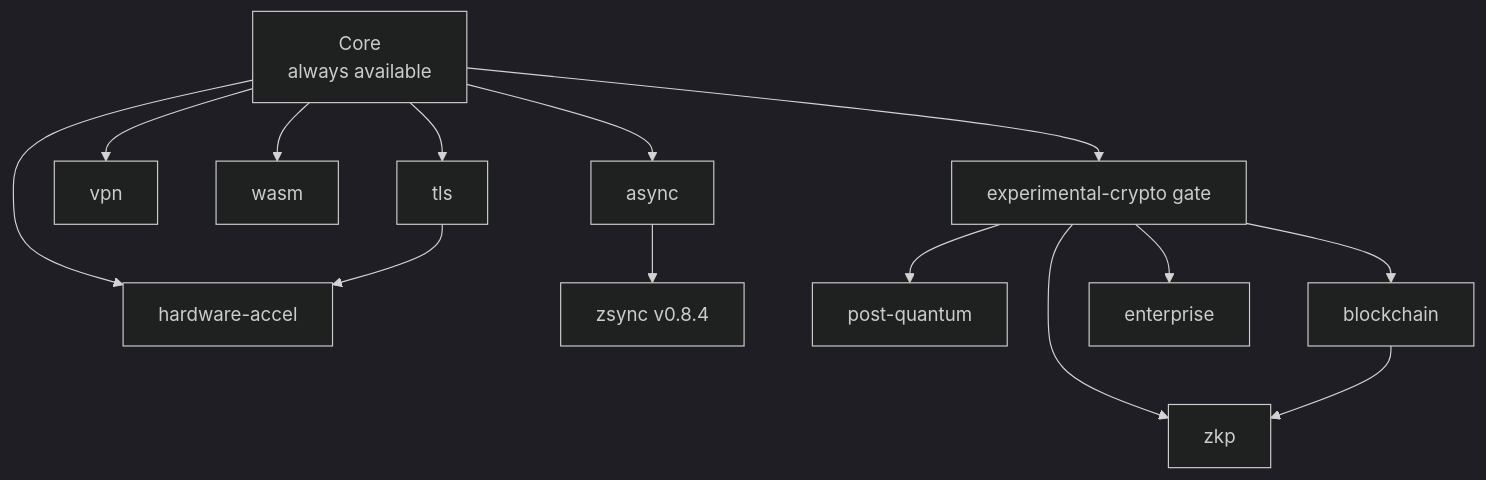
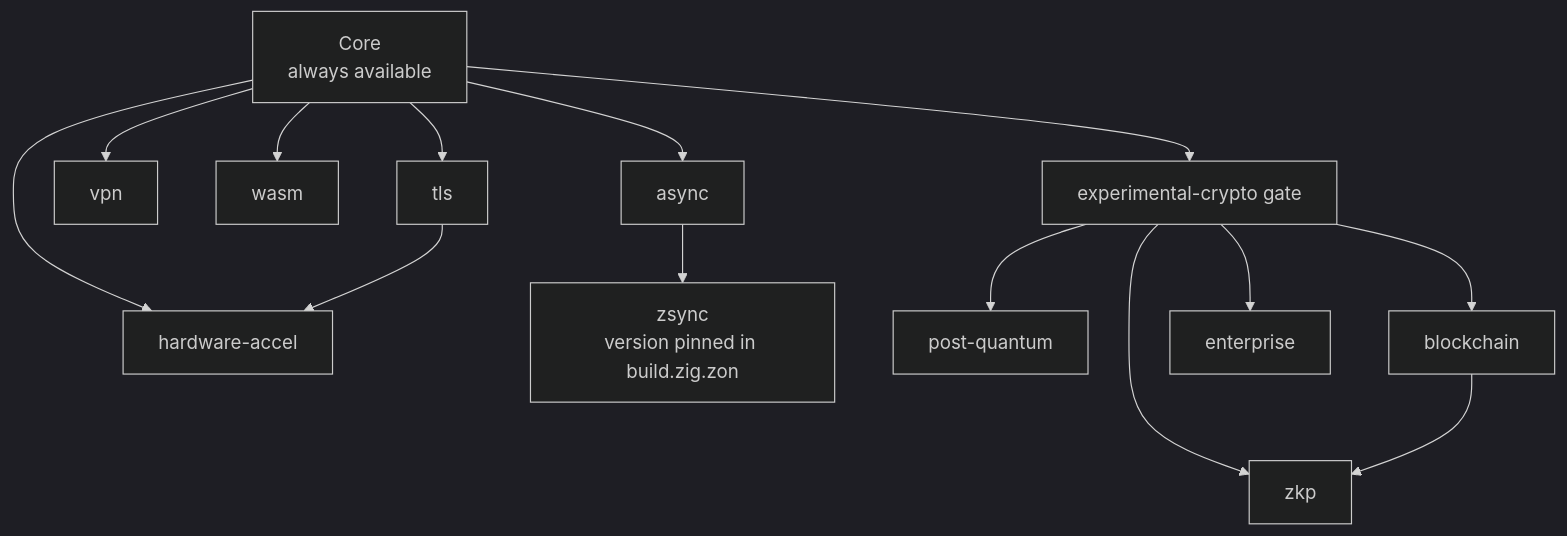
Before and after one commit to GhostKellz/zcrypto: the first of 2 diagrams in docs/features/overview.md, drawn with Mermaid (dark theme). The commit also changed other lines of this file and 108 other files, not shown here.

````diff
--- a/docs/features/overview.md
+++ b/docs/features/overview.md
@@ -32,19 +63,19 @@
 ```mermaid
 flowchart TD
     core["Core<br/>always available"] --> tls["tls"]
     core --> hw["hardware-accel"]
     core --> vpn["vpn"]
     core --> wasm["wasm"]
     core --> async["async"]
     core --> exp["experimental-crypto gate"]
 
-    async --> zsync["zsync v0.8.4"]
+    async --> zsync["zsync<br/>version pinned in build.zig.zon"]
     tls --> hw
 
     exp --> pq["post-quantum"]
     exp --> blockchain["blockchain"]
     exp --> enterprise["enterprise"]
     exp --> zkp["zkp"]
 
     blockchain --> zkp
 ```
````
